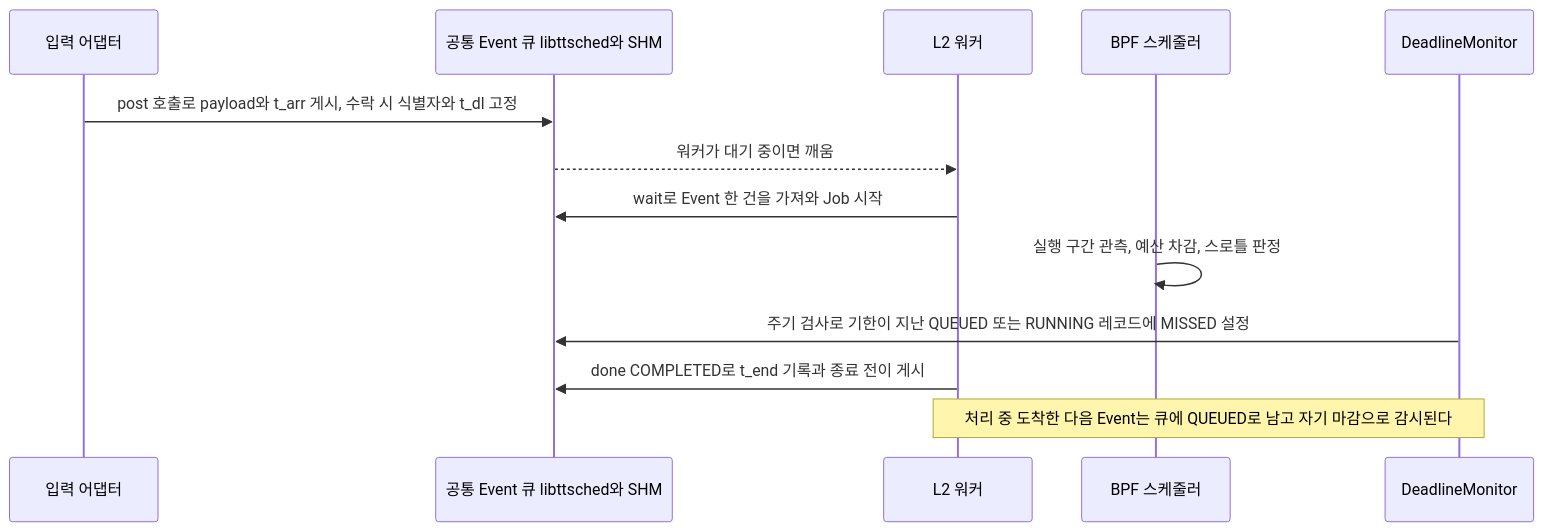
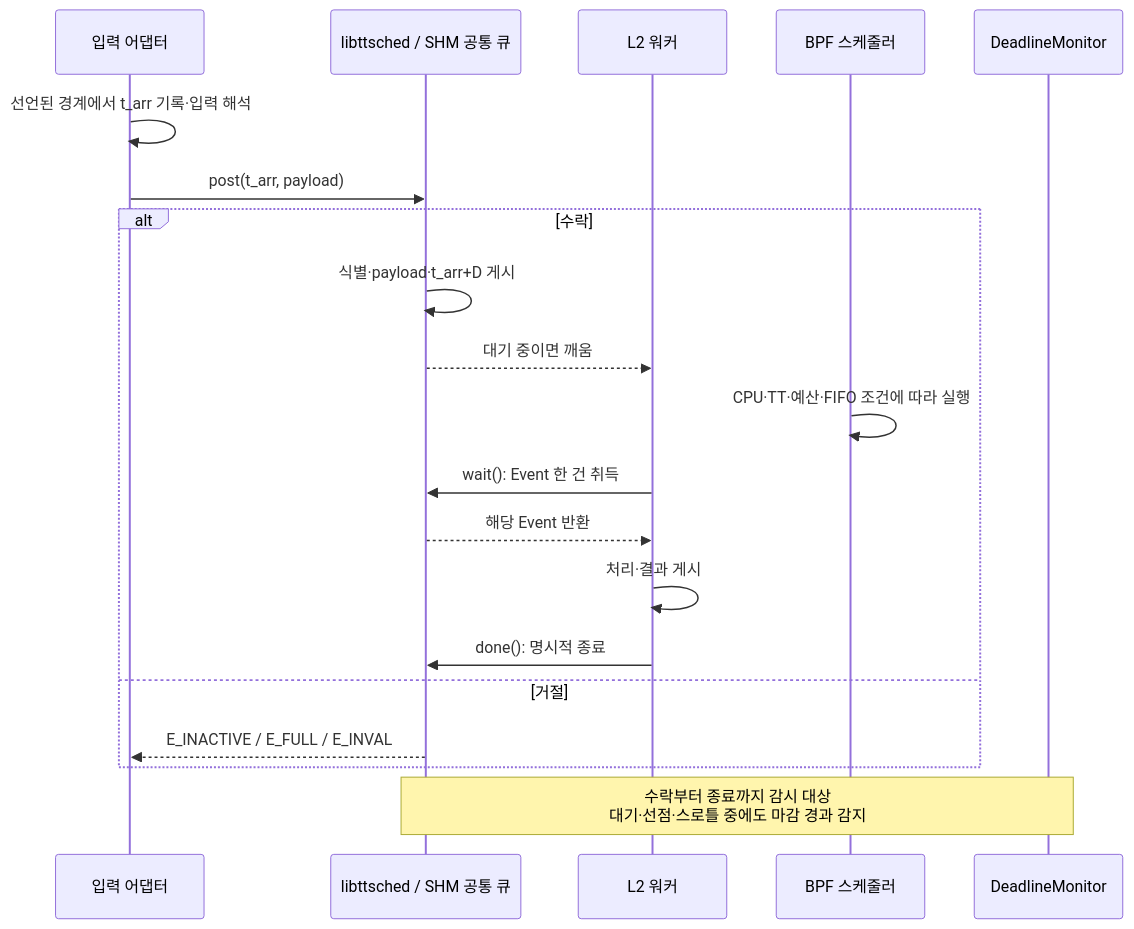
Before and after one commit to akshayg0314/timpani26: the second of 2 diagrams in doc/design/kor/OVERVIEW-008-event-driven-workload-support.md, drawn with Mermaid. The commit also changed other lines of this file and 5 other files, not shown here.

````diff
--- a/doc/design/kor/OVERVIEW-008-event-driven-workload-support.md
+++ b/doc/design/kor/OVERVIEW-008-event-driven-workload-support.md
@@ -203,15 +136,22 @@
 ```mermaid
 sequenceDiagram
-    participant R as 입력 어댑터
-    participant L as 공통 Event 큐 libttsched와 SHM
+    participant A as 입력 어댑터
+    participant Q as libttsched / SHM 공통 큐
     participant W as L2 워커
     participant B as BPF 스케줄러
-    participant D as DeadlineMonitor
-    R->>L: post 호출로 payload와 t_arr 게시, 수락 시 식별자와 t_dl 고정
-    L-->>W: 워커가 대기 중이면 깨움
-    W->>L: wait로 Event 한 건을 가져와 Job 시작
-    B->>B: 실행 구간 관측, 예산 차감, 스로틀 판정
-    D->>L: 주기 검사로 기한이 지난 QUEUED 또는 RUNNING 레코드에 MISSED 설정
-    W->>L: done COMPLETED로 t_end 기록과 종료 전이 게시
-    Note over W,D: 처리 중 도착한 다음 Event는 큐에 QUEUED로 남고 자기 마감으로 감시된다
+    participant N as DeadlineMonitor
+    A->>A: 선언된 경계에서 t_arr 기록·입력 해석
+    A->>Q: post(t_arr, payload)
+    alt 수락
+        Q->>Q: 식별·payload·t_arr+D 게시
+        Q-->>W: 대기 중이면 깨움
+        B->>B: CPU·TT·예산·FIFO 조건에 따라 실행
+        W->>Q: wait(): Event 한 건 취득
+        Q-->>W: 해당 Event 반환
+        W->>W: 처리·결과 게시
+        W->>Q: done(): 명시적 종료
+    else 거절
+        Q-->>A: E_INACTIVE / E_FULL / E_INVAL
+    end
+    Note over Q,N: 수락부터 종료까지 감시 대상<br/>대기·선점·스로틀 중에도 마감 경과 감지
 ```
````
